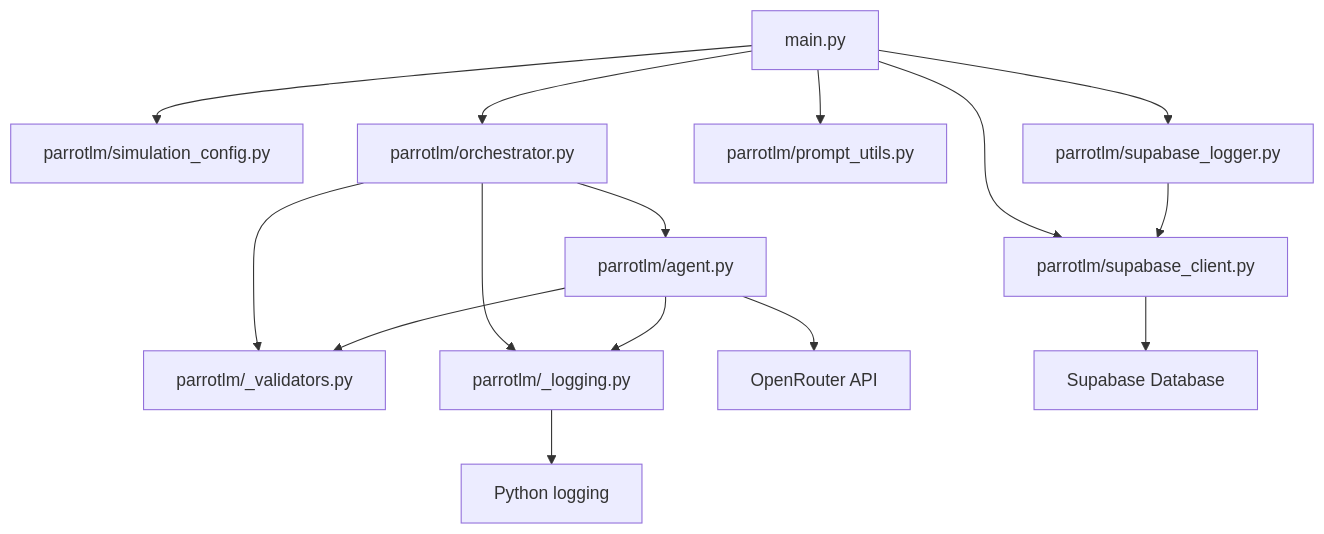
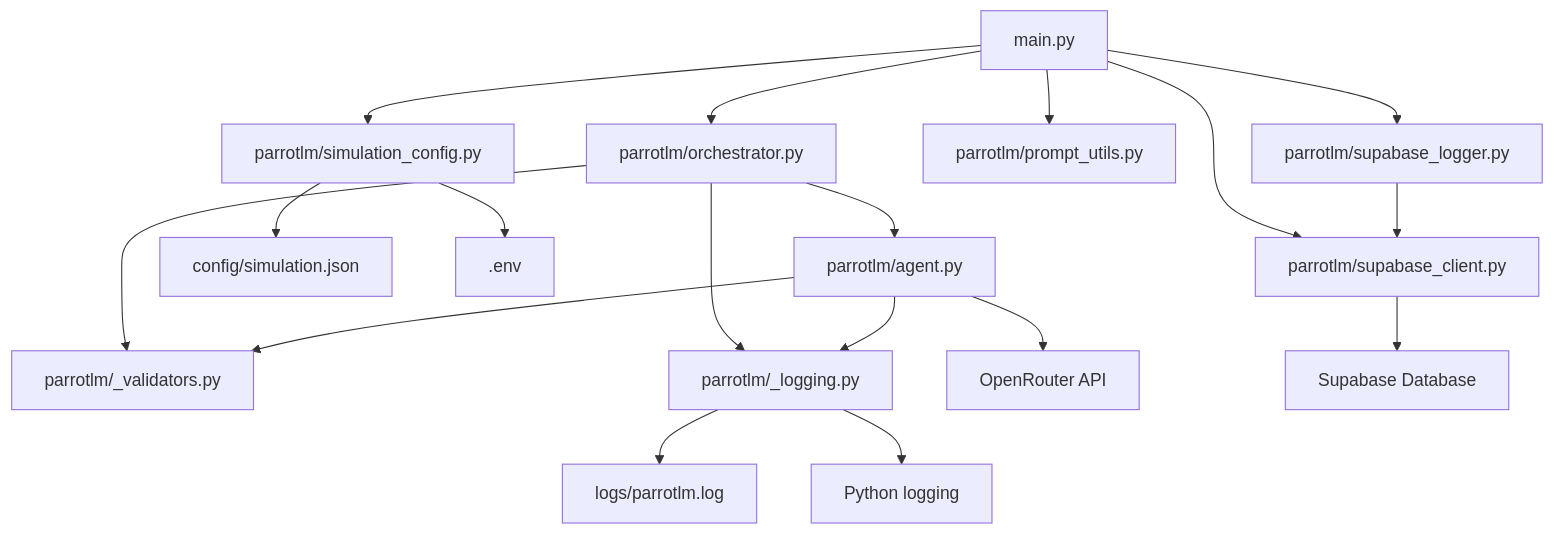
One commit to gdc0000/parrot-lm changed the diagram in module_map.md. Above: the diagram before and after it, drawn with Mermaid. The commit also changed other lines of this file, not shown here.

````diff
--- a/module_map.md
+++ b/module_map.md
@@ -96,21 +112,26 @@
 ```mermaid
 graph TD
     main[main.py] --> cfg[parrotlm/simulation_config.py]
     main --> orch[parrotlm/orchestrator.py]
     main --> prompt[parrotlm/prompt_utils.py]
     main --> supalog[parrotlm/supabase_logger.py]
     main --> supacli[parrotlm/supabase_client.py]
 
+    cfg --> json[config/simulation.json]
+    cfg --> env[.env]
+
     orch --> agent[parrotlm/agent.py]
     orch --> val[parrotlm/_validators.py]
     orch --> log[parrotlm/_logging.py]
+
+    log --> file[logs/parrotlm.log]
+    log --> stdlib[Python logging]
 
     supalog --> supacli
 
     agent --> val
     agent --> log
     agent --> openrouter[OpenRouter API]
 
-    log --> stdlib[Python logging]
     supacli --> supabase[Supabase Database]
 ```
````
